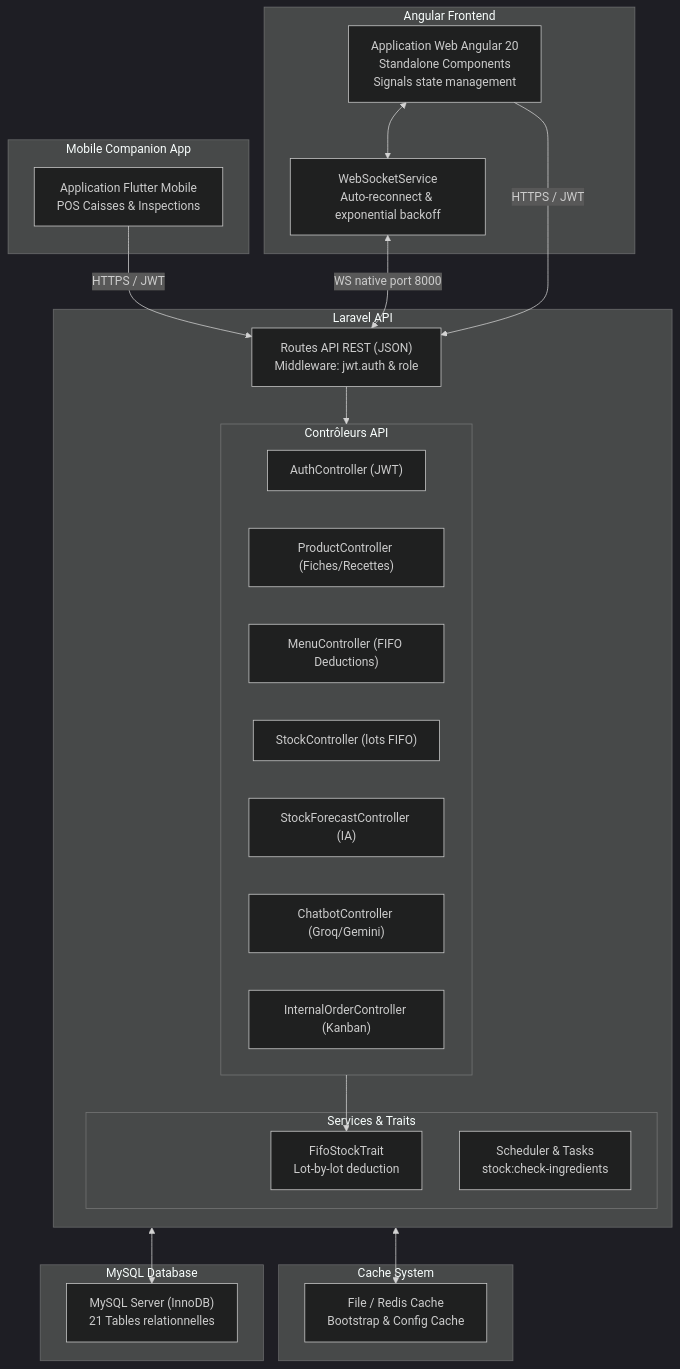
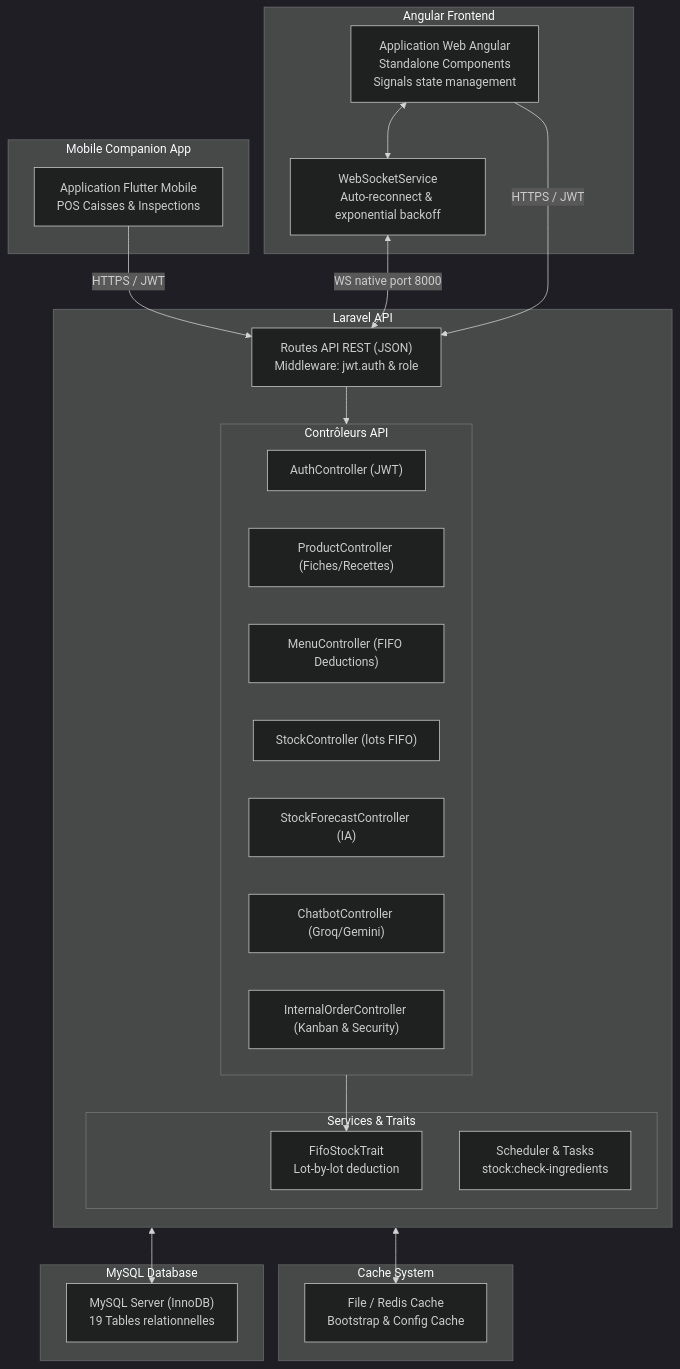
The first of 6 diagrams in docs/RAPPORT_TECHNIQUE.md (Xoner1/AeroServe), drawn with Mermaid (dark theme) before and after one commit. The commit also changed other lines of this file and 46 other files, not shown here.

Commit message:
Refactor: Secure internal orders, implement multi-role chatbot isolation and cashier health constraints, clean up sales tables, and update technical report (no emojis)

````diff
--- a/docs/RAPPORT_TECHNIQUE.md
+++ b/docs/RAPPORT_TECHNIQUE.md
@@ -35,48 +35,48 @@
 ```mermaid
 graph TB
   subgraph Frontend [Angular Frontend]
-    AngularApp["Application Web Angular 20<br/>Standalone Components<br/>Signals state management"]
+    AngularApp["Application Web Angular<br/>Standalone Components<br/>Signals state management"]
     WebSocketService["WebSocketService<br/>Auto-reconnect & exponential backoff"]
     AngularApp <--> WebSocketService
   end
 
   subgraph Mobile [Mobile Companion App]
     FlutterApp["Application Flutter Mobile<br/>POS Caisses & Inspections"]
   end
 
   subgraph Backend [Laravel API]
     RestAPI["Routes API REST (JSON)<br/>Middleware: jwt.auth & role"]
     
     subgraph Controllers [Contrôleurs API]
       AuthController["AuthController (JWT)"]
       ProductController["ProductController (Fiches/Recettes)"]
       MenuController["MenuController (FIFO Deductions)"]
       StockController["StockController (lots FIFO)"]
       ForecastController["StockForecastController (IA)"]
       ChatbotController["ChatbotController (Groq/Gemini)"]
-      InternalOrderController["InternalOrderController (Kanban)"]
+      InternalOrderController["InternalOrderController (Kanban & Security)"]
     end
     
     subgraph Core [Services & Traits]
       FifoStockTrait["FifoStockTrait<br/>Lot-by-lot deduction"]
       ArtisanScheduler["Scheduler & Tasks<br/>stock:check-ingredients"]
     end
     
     RestAPI --> Controllers
     Controllers --> FifoStockTrait
   end
 
   subgraph DB [MySQL Database]
-    MySQLDB["MySQL Server (InnoDB)<br/>21 Tables relationnelles"]
+    MySQLDB["MySQL Server (InnoDB)<br/>19 Tables relationnelles"]
   end
 
   subgraph Cache [Cache System]
     RedisCache["File / Redis Cache<br/>Bootstrap & Config Cache"]
   end
 
   AngularApp -->|HTTPS / JWT| RestAPI
   FlutterApp -->|HTTPS / JWT| RestAPI
   WebSocketService <-->|WS native port 8000| RestAPI
   Backend <--> MySQLDB
   Backend <--> RedisCache
 ```
````
